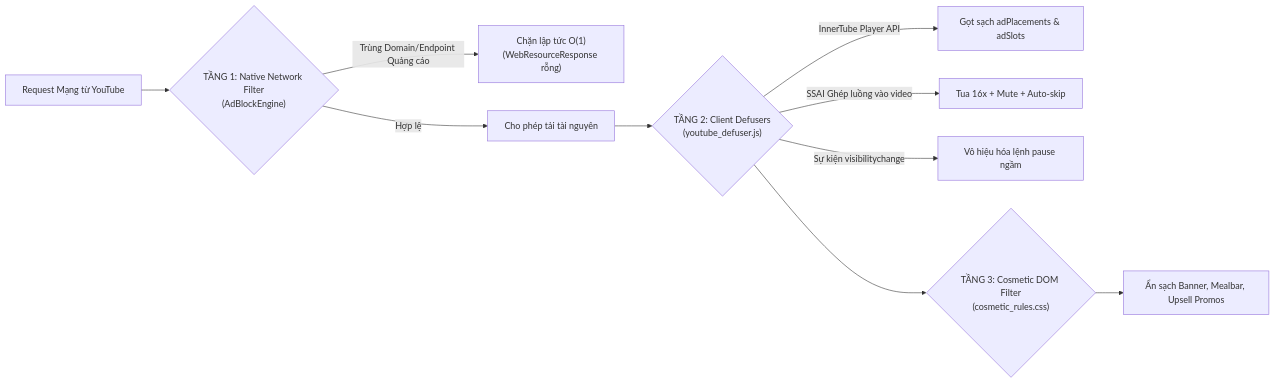
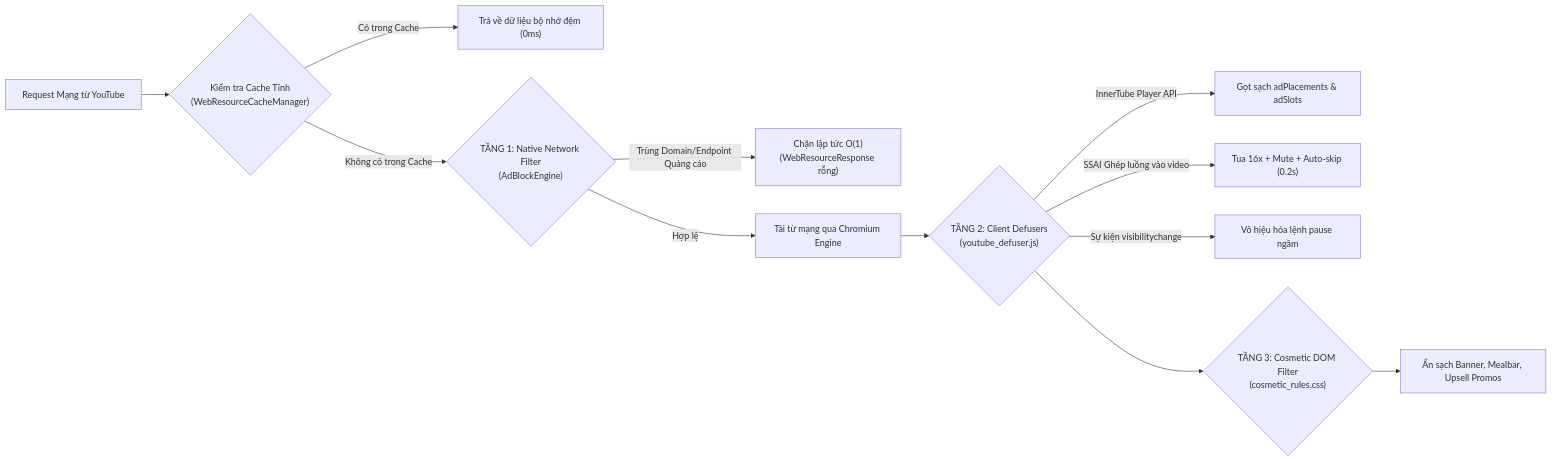
The second of 2 diagrams in docs/ARCHITECTURE.md (Kaziike/yt-wa), drawn with Mermaid before and after one commit. The commit also changed other lines of this file and 10 other files, not shown here.

````diff
--- a/docs/ARCHITECTURE.md
+++ b/docs/ARCHITECTURE.md
@@ -63,14 +126,17 @@
 ```mermaid
 flowchart LR
-    Request["Request Mạng từ YouTube"] --> Tier1{"TẦNG 1: Native Network Filter<br>(AdBlockEngine)"}
+    Request["Request Mạng từ YouTube"] --> CacheCheck{"Kiểm tra Cache Tĩnh<br>(WebResourceCacheManager)"}
+    CacheCheck -->|Có trong Cache| ReturnCached["Trả về dữ liệu bộ nhớ đệm (0ms)"]
+    CacheCheck -->|Không có trong Cache| Tier1{"TẦNG 1: Native Network Filter<br>(AdBlockEngine)"}
+    
     Tier1 -->|Trùng Domain/Endpoint Quảng cáo| Drop["Chặn lập tức O(1)<br>(WebResourceResponse rỗng)"]
-    Tier1 -->|Hợp lệ| Pass["Cho phép tải tài nguyên"]
+    Tier1 -->|Hợp lệ| Pass["Tải từ mạng qua Chromium Engine"]
     
     Pass --> Tier2{"TẦNG 2: Client Defusers<br>(youtube_defuser.js)"}
     Tier2 -->|InnerTube Player API| Sanitize["Gọt sạch adPlacements & adSlots"]
-    Tier2 -->|SSAI Ghép luồng vào video| Speedup["Tua 16x + Mute + Auto-skip"]
+    Tier2 -->|SSAI Ghép luồng vào video| Speedup["Tua 16x + Mute + Auto-skip (0.2s)"]
     Tier2 -->|Sự kiện visibilitychange| BlockPause["Vô hiệu hóa lệnh pause ngầm"]
     
     Tier2 --> Tier3{"TẦNG 3: Cosmetic DOM Filter<br>(cosmetic_rules.css)"}
     Tier3 --> Clean["Ẩn sạch Banner, Mealbar, Upsell Promos"]
 ```
````
